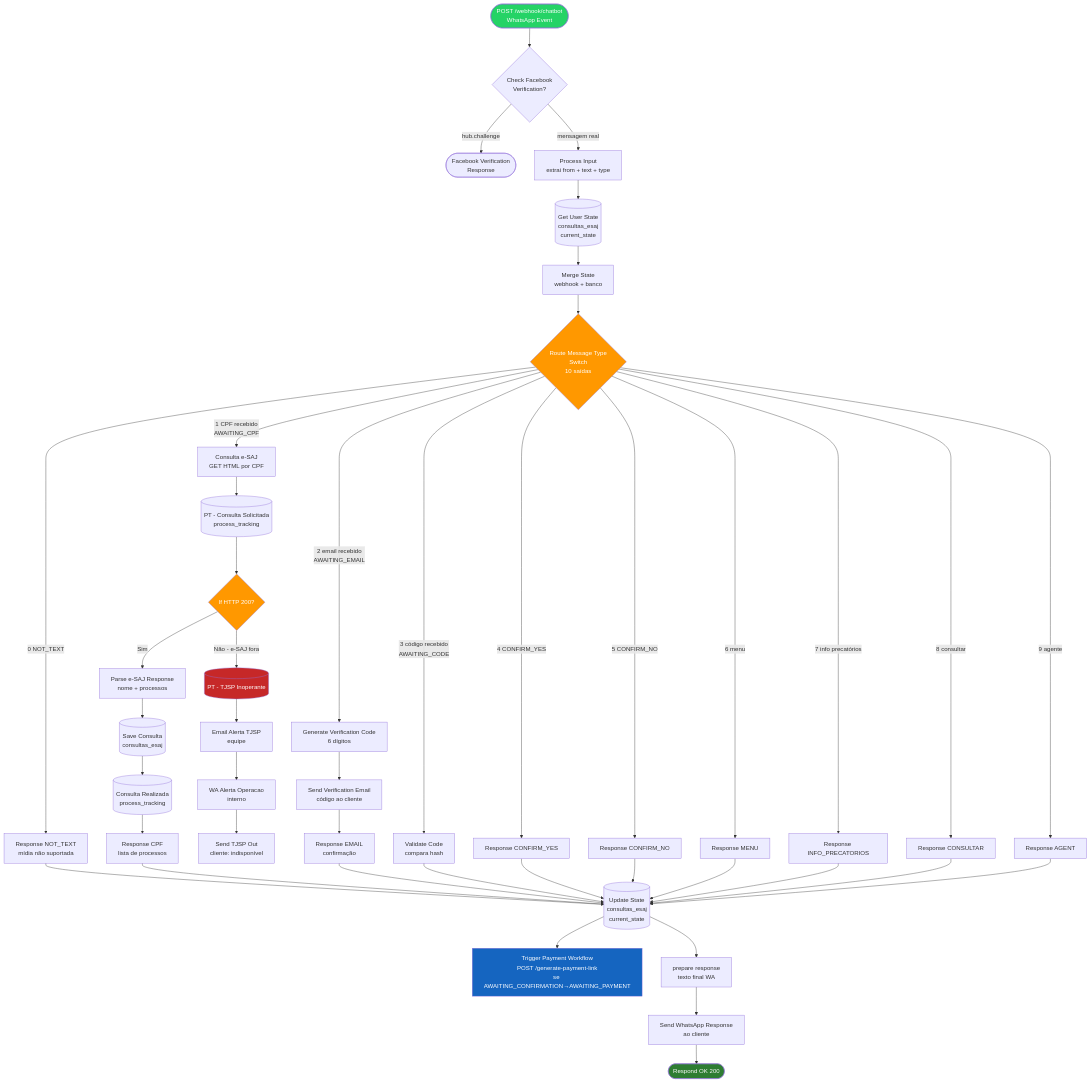
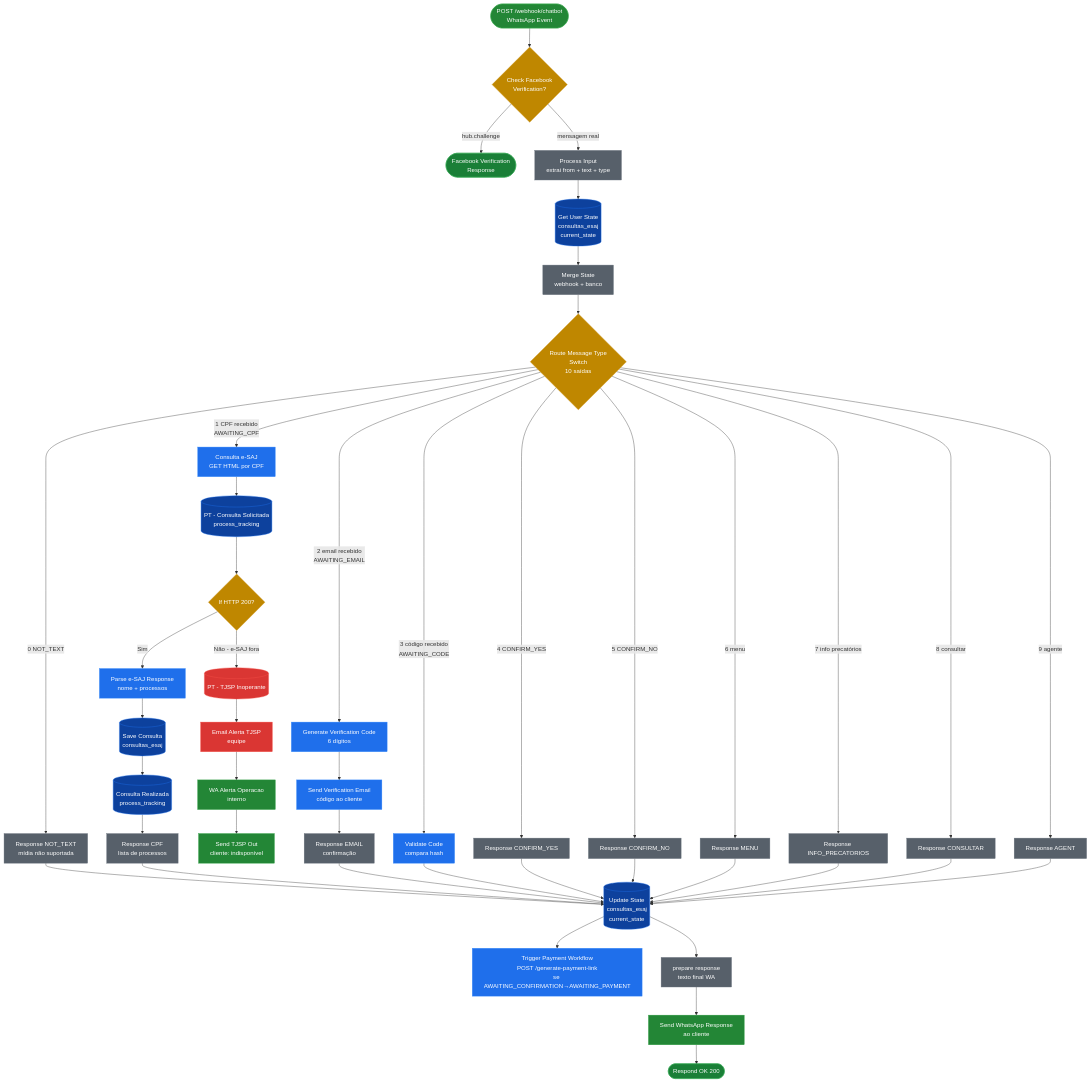
One commit to revisaprecatorio/n8n-source-code-docs changed the first of 3 diagrams in 01_chatbot_revisa/01_chatbot_revisa.md. Above: the diagram before and after it, drawn with Mermaid. The commit also changed other lines of this file and 4 other files, not shown here.

First line of the commit message:
fix: corrige todos os mermaids das pastas

````diff
--- a/01_chatbot_revisa/01_chatbot_revisa.md
+++ b/01_chatbot_revisa/01_chatbot_revisa.md
@@ -54,59 +54,68 @@
 ```mermaid
 flowchart TD
     WH([POST /webhook/chatbot\nWhatsApp Event]) --> CFV{Check Facebook\nVerification?}
     CFV -->|hub.challenge| FVR([Facebook Verification\nResponse])
     CFV -->|mensagem real| PI[Process Input\nextrai from + text + type]
 
     PI --> GUS[(Get User State\nconsultas_esaj\ncurrent_state)]
     GUS --> MS[Merge State\nwebhook + banco]
     MS --> RMT{Route Message Type\nSwitch\n10 saídas}
 
     RMT -->|0 NOT_TEXT| RNT[Response NOT_TEXT\nmídia não suportada]
     RMT -->|1 CPF recebido\nAWAITING_CPF| SAJ[Consulta e-SAJ\nGET HTML por CPF]
     RMT -->|2 email recebido\nAWAITING_EMAIL| GVC[Generate Verification Code\n6 dígitos]
     RMT -->|3 código recebido\nAWAITING_CODE| VC[Validate Code\ncompara hash]
     RMT -->|4 CONFIRM_YES| RCY[Response CONFIRM_YES]
     RMT -->|5 CONFIRM_NO| RCN[Response CONFIRM_NO]
     RMT -->|6 menu| RMN[Response MENU]
     RMT -->|7 info precatórios| RIP[Response INFO_PRECATORIOS]
     RMT -->|8 consultar| RCO[Response CONSULTAR]
     RMT -->|9 agente| RAG[Response AGENT]
 
     SAJ --> PCS[(PT - Consulta Solicitada\nprocess_tracking)]
     PCS --> HTTP{If HTTP 200?}
     HTTP -->|Sim| PAR[Parse e-SAJ Response\nnome + processos]
     HTTP -->|Não - e-SAJ fora| PTI[(PT - TJSP Inoperante)]
     PTI --> EAT[Email Alerta TJSP\nequipe]
     EAT --> WAT[WA Alerta Operacao\ninterno]
     WAT --> STO[Send TJSP Out\ncliente: indisponível]
 
     PAR --> SC[(Save Consulta\nconsultas_esaj)]
     SC --> CR[(Consulta Realizada\nprocess_tracking)]
     CR --> RCPF[Response CPF\nlista de processos]
 
     GVC --> SVE[Send Verification Email\ncódigo ao cliente]
     SVE --> REM[Response EMAIL\nconfirmação]
 
     RCPF --> US
     RNT --> US
     REM --> US
     VC --> US
     RCY --> US
     RCN --> US
     RMN --> US
     RIP --> US
     RCO --> US
     RAG --> US
 
     US[(Update State\nconsultas_esaj\ncurrent_state)] --> TPW[Trigger Payment Workflow\nPOST /generate-payment-link\nse AWAITING_CONFIRMATION→AWAITING_PAYMENT]
     US --> PR[prepare response\ntexto final WA]
     PR --> SWA[Send WhatsApp Response\nao cliente]
     SWA --> ROK([Respond OK 200])
 
-    style WH fill:#25D366,color:#fff
-    style RMT fill:#FF9800,color:#fff
-    style HTTP fill:#FF9800,color:#fff
-    style TPW fill:#1565C0,color:#fff
-    style ROK fill:#2E7D32,color:#fff
-    style PTI fill:#C62828,color:#fff
+    classDef entrada fill:#238636,color:#fff,stroke:#2ea043
+    classDef wf      fill:#1f6feb,color:#fff,stroke:#388bfd
+    classDef banco   fill:#0d419d,color:#fff,stroke:#1f6feb
+    classDef sucesso fill:#1a7f37,color:#fff,stroke:#2da44e
+    classDef alerta  fill:#da3633,color:#fff,stroke:#f85149
+    classDef cinza   fill:#57606a,color:#fff,stroke:#6e7781
+    classDef decisao fill:#bf8700,color:#fff,stroke:#d29922
+
+    class WH,WAT,STO,SWA entrada
+    class CFV,RMT,HTTP decisao
+    class FVR,ROK sucesso
+    class GUS,SC,CR,US,PCS banco
+    class SAJ,GVC,SVE,PAR,VC,TPW wf
+    class PTI,EAT alerta
+    class PI,MS,PR,RNT,RCY,RCN,RMN,RIP,RCO,RAG,REM,RCPF cinza
 ```
````
